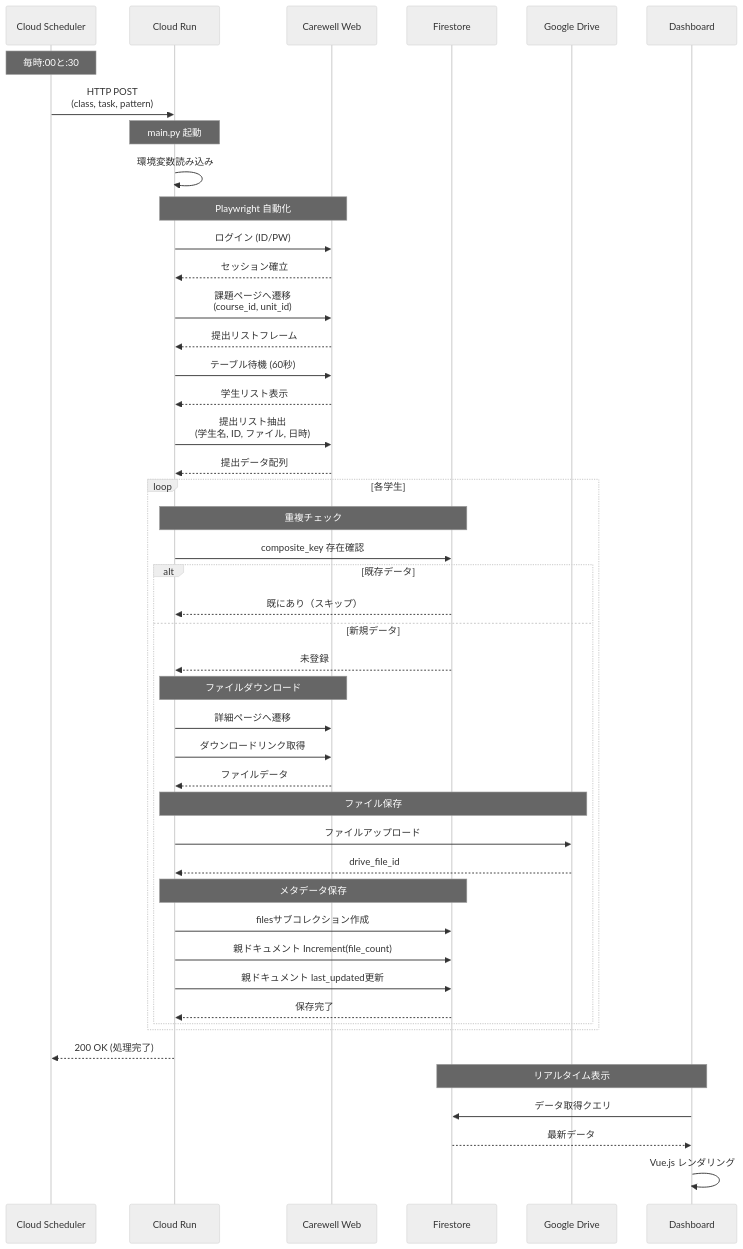
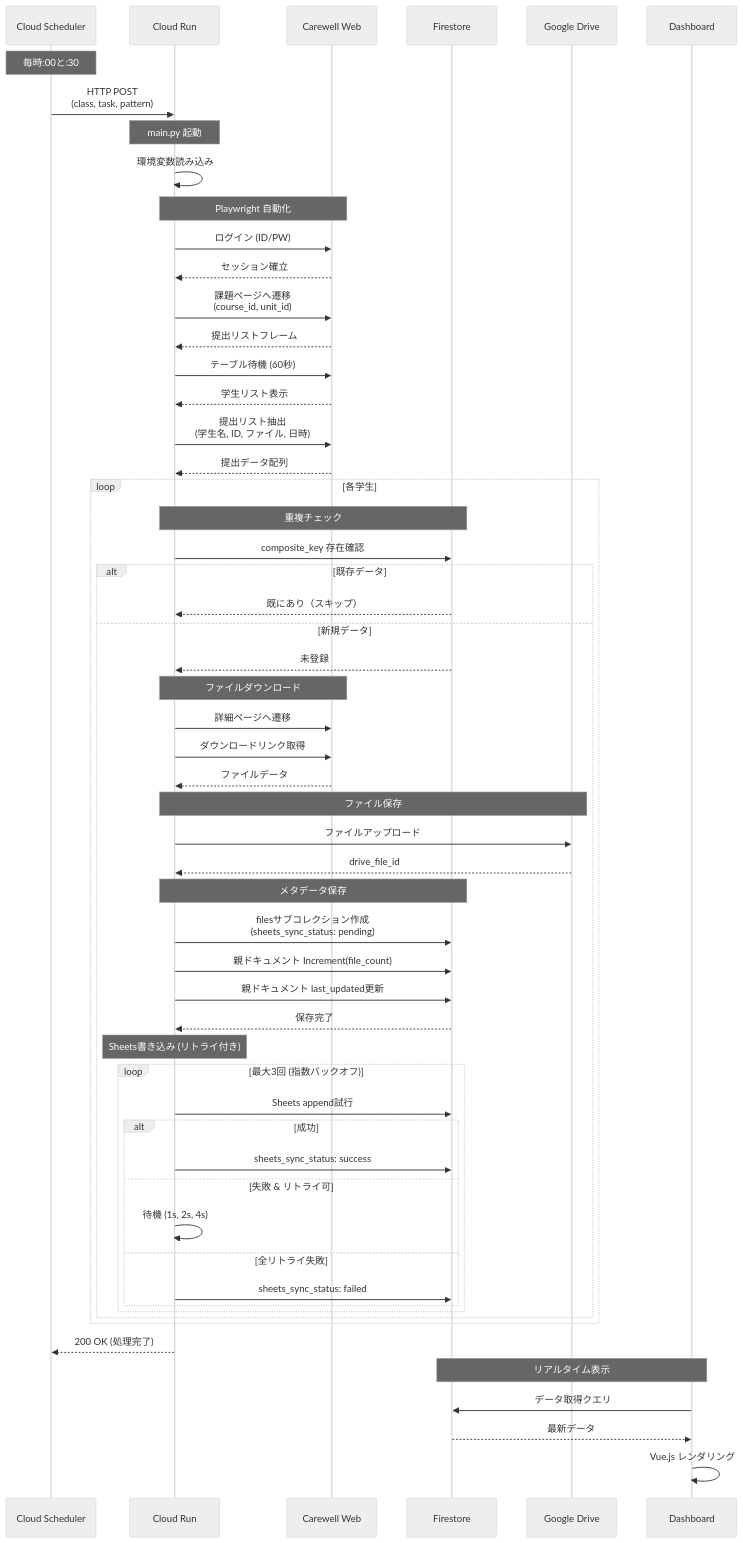
Before and after one commit to yasushi-honda/carewell-gcp-drive-automation: the second of 3 diagrams in docs/architecture-overview.md, drawn with Mermaid (neutral theme). The commit also changed other lines of this file and 4 other files, not shown here.

First line of the commit message:
docs: Update documentation for Sheets sync reliability improvement

````diff
--- a/docs/architecture-overview.md
+++ b/docs/architecture-overview.md
@@ -179,61 +180,73 @@
 ```mermaid
 sequenceDiagram
     participant CS as Cloud Scheduler
     participant CR as Cloud Run
     participant CW as Carewell Web
     participant FS as Firestore
     participant GD as Google Drive
     participant DB as Dashboard
 
     Note over CS: 毎時:00と:30
     CS->>CR: HTTP POST<br/>(class, task, pattern)
 
     Note over CR: main.py 起動
     CR->>CR: 環境変数読み込み
 
     Note over CR,CW: Playwright 自動化
     CR->>CW: ログイン (ID/PW)
     CW-->>CR: セッション確立
 
     CR->>CW: 課題ページへ遷移<br/>(course_id, unit_id)
     CW-->>CR: 提出リストフレーム
 
     CR->>CW: テーブル待機 (60秒)
     CW-->>CR: 学生リスト表示
 
     CR->>CW: 提出リスト抽出<br/>(学生名, ID, ファイル, 日時)
     CW-->>CR: 提出データ配列
 
     loop 各学生
         Note over CR,FS: 重複チェック
         CR->>FS: composite_key 存在確認
 
         alt 既存データ
             FS-->>CR: 既にあり（スキップ）
         else 新規データ
             FS-->>CR: 未登録
 
             Note over CR,CW: ファイルダウンロード
             CR->>CW: 詳細ページへ遷移
             CR->>CW: ダウンロードリンク取得
             CW-->>CR: ファイルデータ
 
             Note over CR,GD: ファイル保存
             CR->>GD: ファイルアップロード
             GD-->>CR: drive_file_id
 
             Note over CR,FS: メタデータ保存
-            CR->>FS: filesサブコレクション作成
+            CR->>FS: filesサブコレクション作成<br/>(sheets_sync_status: pending)
             CR->>FS: 親ドキュメント Increment(file_count)
             CR->>FS: 親ドキュメント last_updated更新
             FS-->>CR: 保存完了
+
+            Note over CR: Sheets書き込み (リトライ付き)
+            loop 最大3回 (指数バックオフ)
+                CR->>FS: Sheets append試行
+                alt 成功
+                    CR->>FS: sheets_sync_status: success
+                else 失敗 & リトライ可
+                    CR->>CR: 待機 (1s, 2s, 4s)
+                else 全リトライ失敗
+                    CR->>FS: sheets_sync_status: failed
+                end
+            end
         end
     end
 
     CR-->>CS: 200 OK (処理完了)
 
     Note over DB,FS: リアルタイム表示
     DB->>FS: データ取得クエリ
     FS-->>DB: 最新データ
     DB->>DB: Vue.js レンダリング
 ```
````
